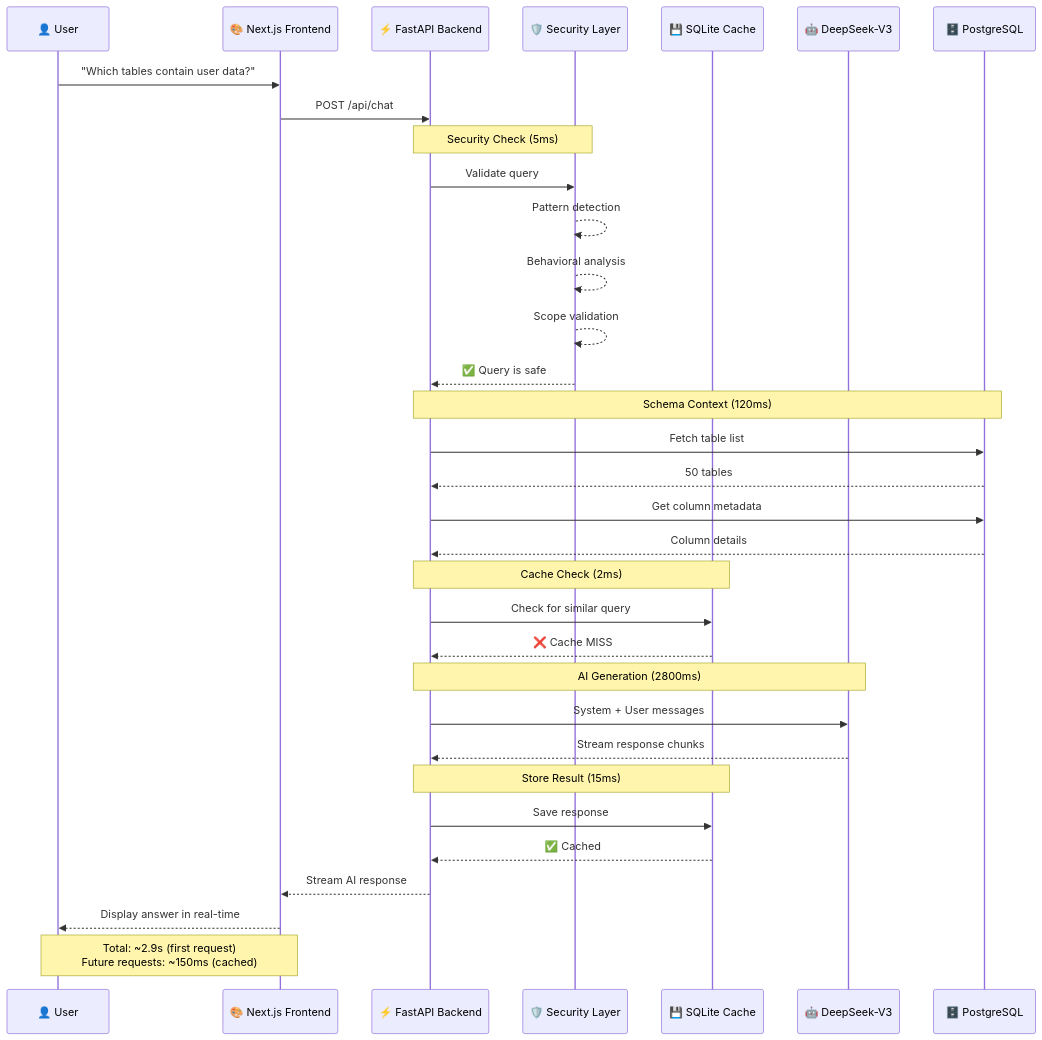
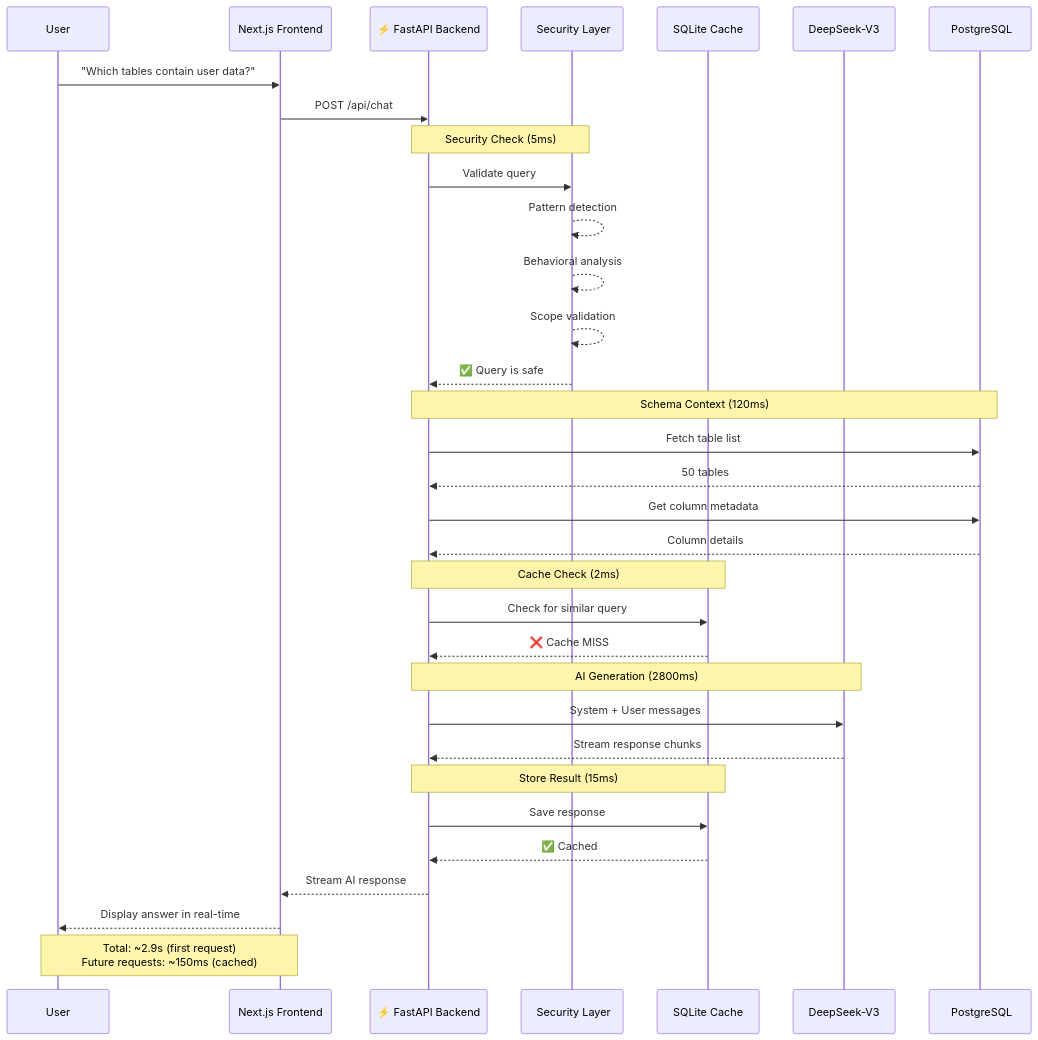
The fourth of 4 diagrams in src/content/posts/schemasense.mdx (amitdevx/portfolio), drawn with Mermaid before and after one commit. The commit also changed other lines of this file and 8 other files, not shown here.

````diff
--- a/src/content/posts/schemasense.mdx
+++ b/src/content/posts/schemasense.mdx
@@ -498,43 +498,43 @@
 ```mermaid
 sequenceDiagram
-    participant User as 👤 User
-    participant Frontend as 🎨 Next.js Frontend
+    participant User as  User
+    participant Frontend as  Next.js Frontend
     participant API as ⚡ FastAPI Backend
-    participant Security as 🛡️ Security Layer
-    participant Cache as 💾 SQLite Cache
-    participant AI as 🤖 DeepSeek-V3
-    participant DB as 🗄️ PostgreSQL
+    participant Security as ️ Security Layer
+    participant Cache as  SQLite Cache
+    participant AI as  DeepSeek-V3
+    participant DB as ️ PostgreSQL
 
     User->>Frontend: "Which tables contain user data?"
     Frontend->>API: POST /api/chat
     
     Note over API,Security: Security Check (5ms)
     API->>Security: Validate query
     Security-->>Security: Pattern detection
     Security-->>Security: Behavioral analysis
     Security-->>Security: Scope validation
     Security-->>API: ✅ Query is safe
     
     Note over API,DB: Schema Context (120ms)
     API->>DB: Fetch table list
     DB-->>API: 50 tables
     API->>DB: Get column metadata
     DB-->>API: Column details
     
     Note over API,Cache: Cache Check (2ms)
     API->>Cache: Check for similar query
     Cache-->>API: ❌ Cache MISS
     
     Note over API,AI: AI Generation (2800ms)
     API->>AI: System + User messages
     AI-->>API: Stream response chunks
     
     Note over API,Cache: Store Result (15ms)
     API->>Cache: Save response
     Cache-->>API: ✅ Cached
     
     API-->>Frontend: Stream AI response
     Frontend-->>User: Display answer in real-time
     
     Note over User,Frontend: Total: ~2.9s (first request)<br/>Future requests: ~150ms (cached)
 ```
````
